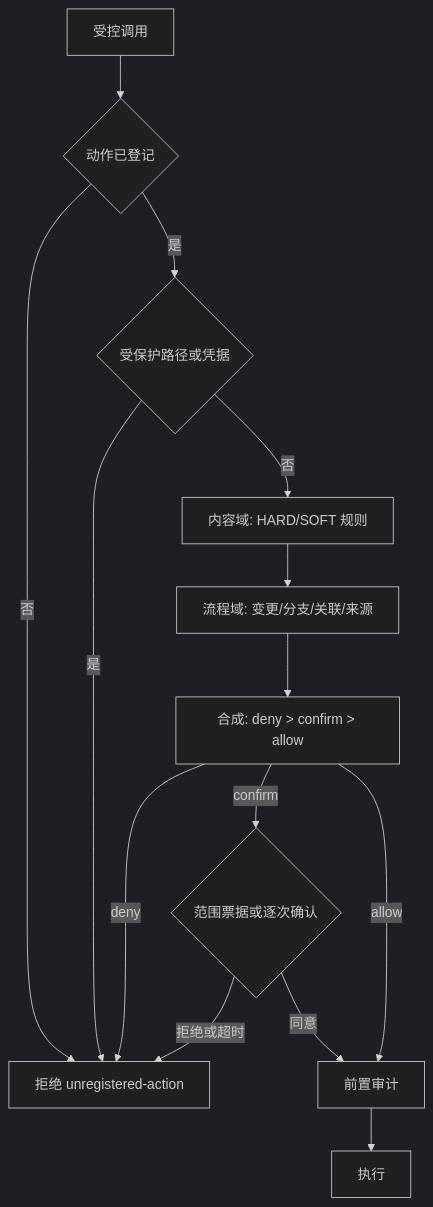
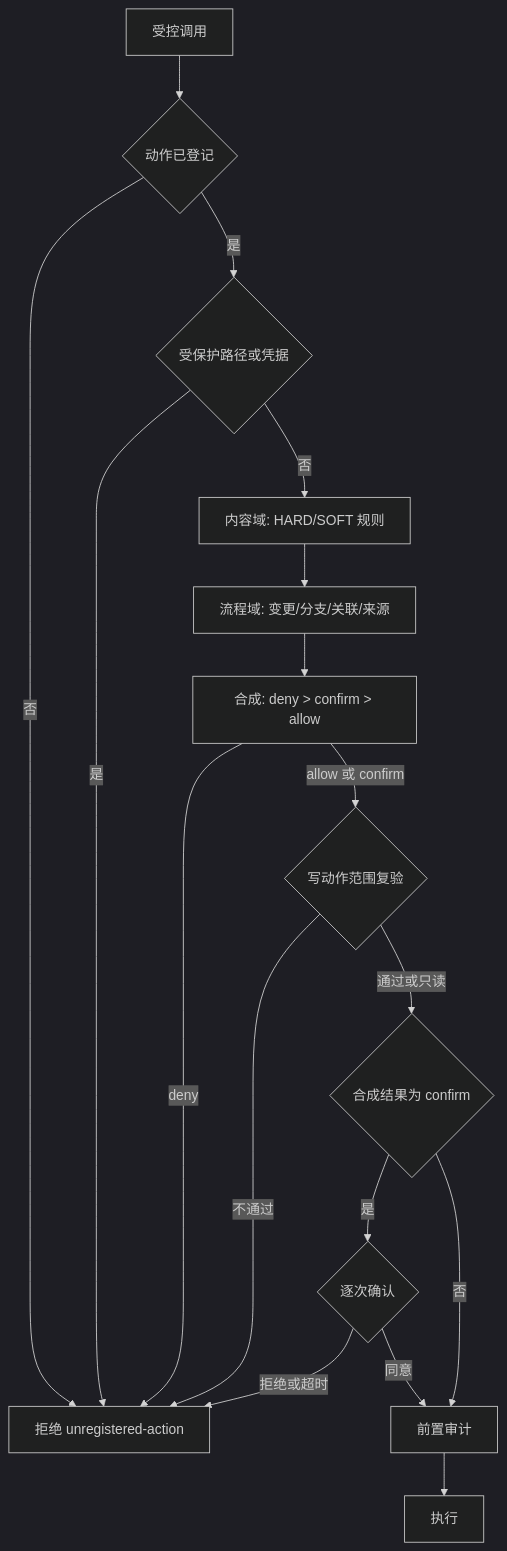
The diagram in docs/design/policy-model.md (hrygo/heluo-forge), drawn with Mermaid (dark theme) before and after one commit. The commit also changed other lines of this file, not shown here.

````diff
--- a/docs/design/policy-model.md
+++ b/docs/design/policy-model.md
@@ -73,16 +73,19 @@
 ```mermaid
 flowchart TD
   A[受控调用] --> B{动作已登记}
   B -->|否| X[拒绝 unregistered-action]
   B -->|是| C{受保护路径或凭据}
   C -->|是| X
   C -->|否| D[内容域: HARD/SOFT 规则]
   D --> E[流程域: 变更/分支/关联/来源]
   E --> F[合成: deny > confirm > allow]
   F -->|deny| X
-  F -->|confirm| G{范围票据或逐次确认}
-  G -->|拒绝或超时| X
-  G -->|同意| H[前置审计]
-  F -->|allow| H
+  F -->|allow 或 confirm| G{写动作范围复验}
+  G -->|不通过| X
+  G -->|通过或只读| J{合成结果为 confirm}
+  J -->|是| K{逐次确认}
+  K -->|拒绝或超时| X
+  K -->|同意| H[前置审计]
+  J -->|否| H
   H --> I[执行]
 ```
````
